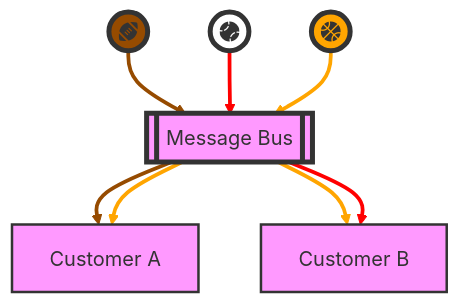
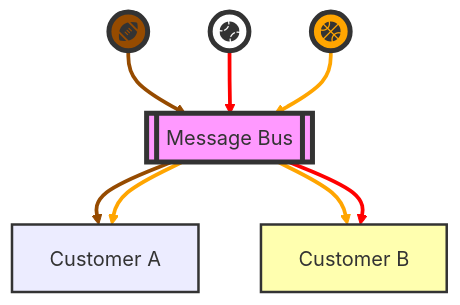
Before and after one commit to davydog187/migrating_from_kafka: the diagram in diagrams/data_flow.mermaid, drawn with Mermaid. The commit also changed other lines of this file and 2 other files, not shown here.

Commit message:
more diagrams

```diff
--- a/diagrams/data_flow.mermaid
+++ b/diagrams/data_flow.mermaid
@@ -1,17 +1,17 @@
 graph TD
     NFL((fa:fa-football-ball)) --> MB[[Message Bus]]
     MLB((fa:fa-baseball-ball)) --> MB
     NBA((fa:fa-basketball-ball)) --> MB
     MB --> A[Customer A]
     MB --> A
     MB --> B[Customer B]
     MB --> B
     style NFL fill:#964B00,stroke:#333,stroke-width:4px
     style MLB fill:white,stroke:#333,stroke-width:4px
     style NBA fill:orange,stroke:#333,stroke-width:4px
     style MB fill:#f9f,stroke:#333,stroke-width:4px
-    style A fill:#f9f,stroke:#333,stroke-width:2px
-    style B fill:#f9f,stroke:#333,stroke-width:2px
+    style A fill:#ff,stroke:#333,stroke-width:2px
+    style B fill:#ff15,stroke:#333,stroke-width:2px
     linkStyle 0,3 stroke:#964B00,stroke-width:3px;
     linkStyle 1,6 stroke:red,stroke-width:3px;
     linkStyle 2,4,5 stroke:orange,stroke-width:3px;
```
